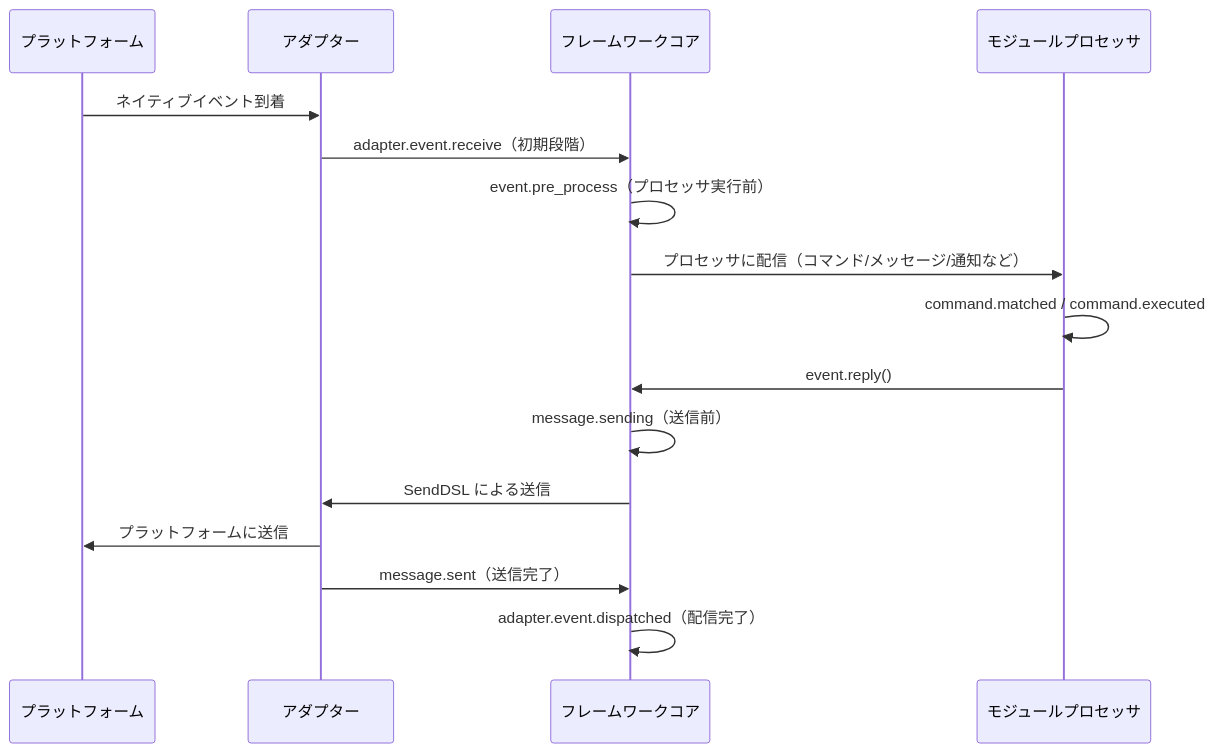
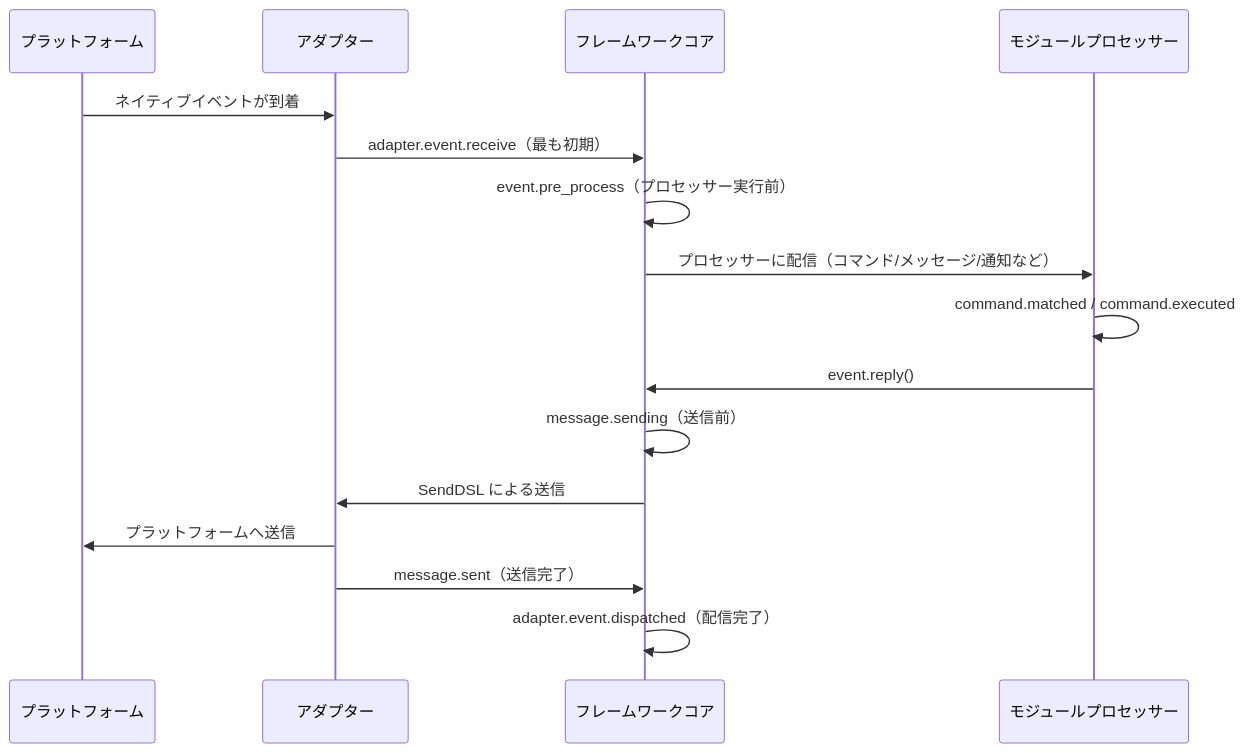
The diagram in docs/ja/advanced/lifecycle.md (ErisPulse/ErisPulse), drawn with Mermaid before and after one commit. The commit also changed other lines of this file and 622 other files, not shown here.

````diff
--- a/docs/ja/advanced/lifecycle.md
+++ b/docs/ja/advanced/lifecycle.md
@@ -93,19 +93,19 @@
 ```mermaid
 sequenceDiagram
     participant P as プラットフォーム
     participant A as アダプター
     participant F as フレームワークコア
-    participant M as モジュールプロセッサ
+    participant M as モジュールプロセッサー
 
-    P->>A: ネイティブイベント到着
-    A->>F: adapter.event.receive（初期段階）
-    F->>F: event.pre_process（プロセッサ実行前）
-    F->>M: プロセッサに配信（コマンド/メッセージ/通知など）
+    P->>A: ネイティブイベントが到着
+    A->>F: adapter.event.receive（最も初期）
+    F->>F: event.pre_process（プロセッサー実行前）
+    F->>M: プロセッサーに配信（コマンド/メッセージ/通知など）
     M->>M: command.matched / command.executed
     M->>F: event.reply()
     F->>F: message.sending（送信前）
     F->>A: SendDSL による送信
-    A->>P: プラットフォームに送信
+    A->>P: プラットフォームへ送信
     A->>F: message.sent（送信完了）
     F->>F: adapter.event.dispatched（配信完了）
 ```
````
